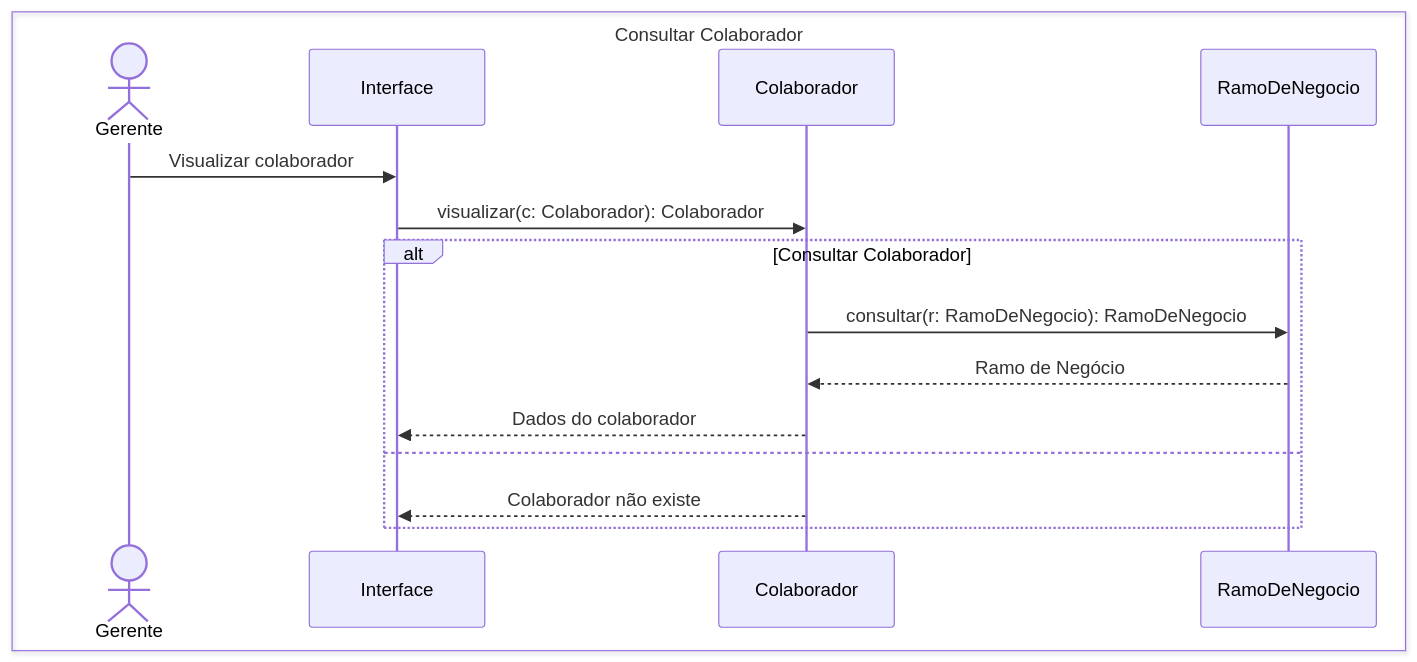
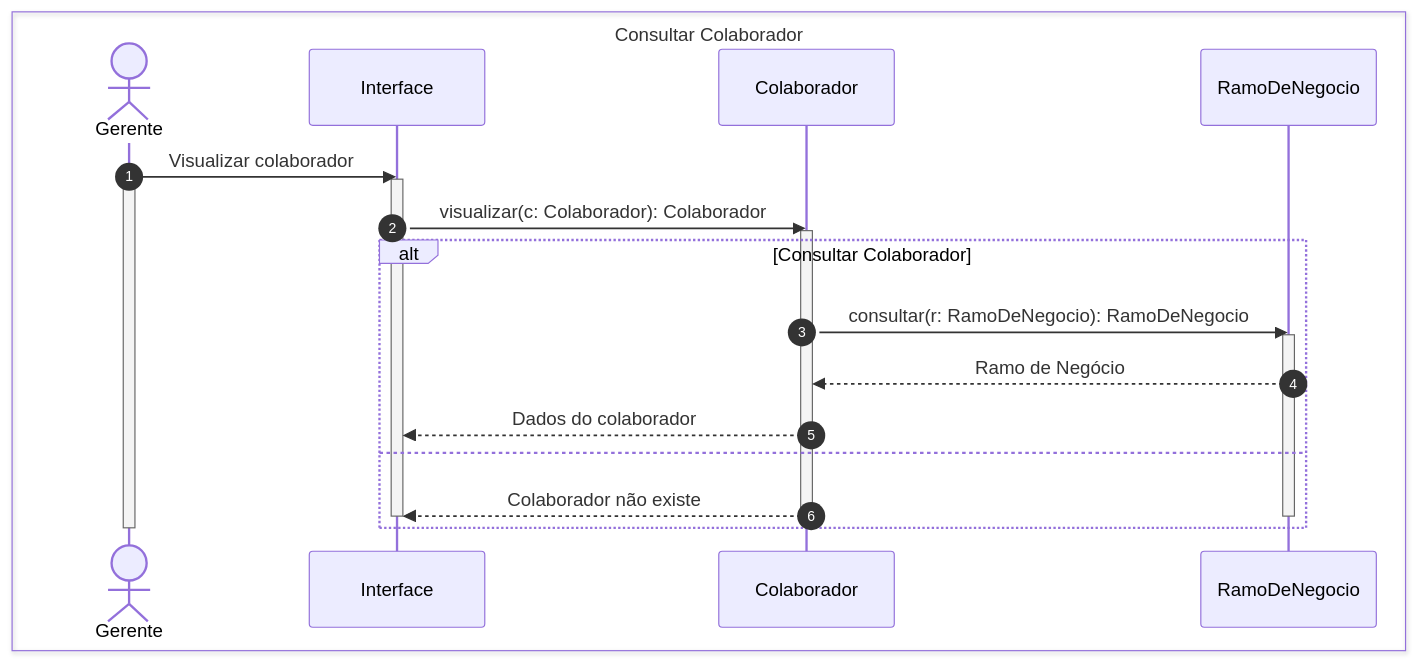
One commit to anderson-gpc/colab changed the first of 4 diagrams in DS_Manter_Colaborador.md. Above: the diagram before and after it, drawn with Mermaid. The commit also changed other lines of this file, not shown here.

````diff
--- a/DS_Manter_Colaborador.md
+++ b/DS_Manter_Colaborador.md
@@ -1,23 +2,30 @@
 ```mermaid
-%%{init: {'theme': 'default'}}%%
 sequenceDiagram
+    autonumber
     box Consultar Colaborador
-        actor Al as Gerente
+        actor Gerente
         participant Interface
         participant Colaborador
         participant RamoDeNegocio
     end
 
-    Al->>Interface: Visualizar colaborador
+    Gerente->>Interface: Visualizar colaborador
+    activate Gerente
+    activate Interface
     Interface->>Colaborador: visualizar(c: Colaborador): Colaborador
+    activate Colaborador
 
     alt Consultar Colaborador
         Colaborador->>RamoDeNegocio: consultar(r: RamoDeNegocio): RamoDeNegocio
+        activate RamoDeNegocio
         RamoDeNegocio-->>Colaborador: Ramo de Negócio
         Colaborador-->>Interface: Dados do colaborador
     else
         Colaborador-->>Interface: Colaborador não existe
+        deactivate RamoDeNegocio
+        deactivate Colaborador
+        deactivate Interface
     end
-
+    deactivate Gerente
 
 ```
````
